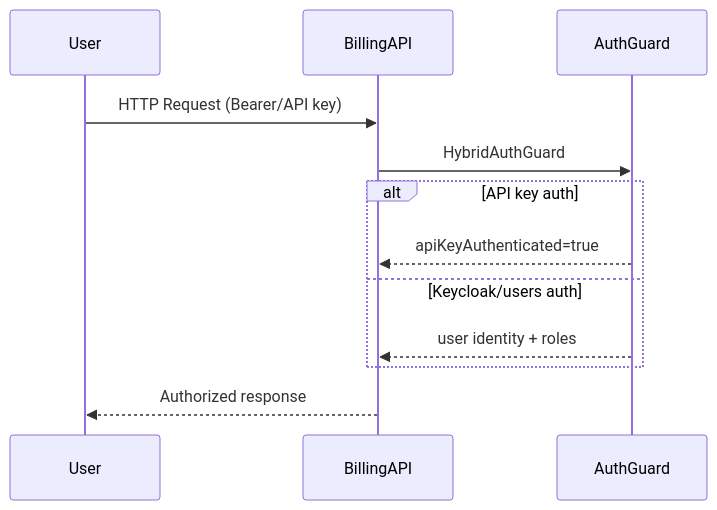
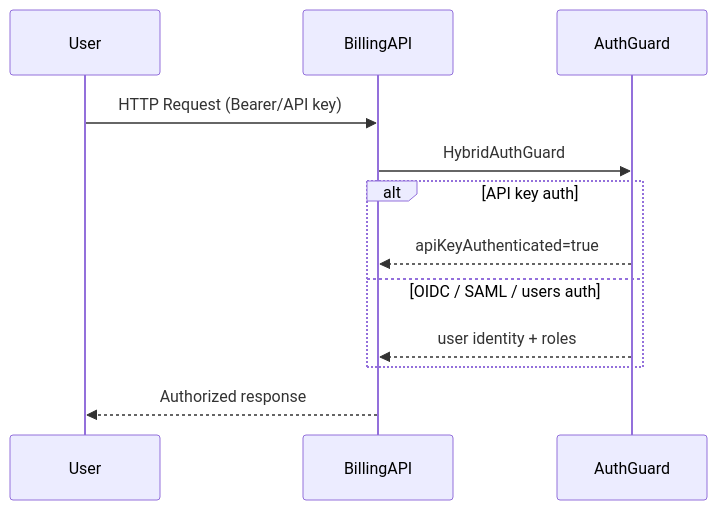
One commit to forepath/one changed the diagram in libs/domains/decabill/backend/feature-billing-manager/docs/auth-flow.mmd. Above: the diagram before and after it, drawn with Mermaid. The commit also changed 402 other files, not shown here.

First line of the commit message:
feat(shared)!: native oidc and saml support (#724)

```diff
--- a/libs/domains/decabill/backend/feature-billing-manager/docs/auth-flow.mmd
+++ b/libs/domains/decabill/backend/feature-billing-manager/docs/auth-flow.mmd
@@ -1,15 +1,15 @@
 sequenceDiagram
     participant User
     participant BillingAPI
     participant AuthGuard
 
     User->>BillingAPI: HTTP Request (Bearer/API key)
     BillingAPI->>AuthGuard: HybridAuthGuard
 
     alt API key auth
         AuthGuard-->>BillingAPI: apiKeyAuthenticated=true
-    else Keycloak/users auth
+    else OIDC / SAML / users auth
         AuthGuard-->>BillingAPI: user identity + roles
     end
 
     BillingAPI-->>User: Authorized response
```
